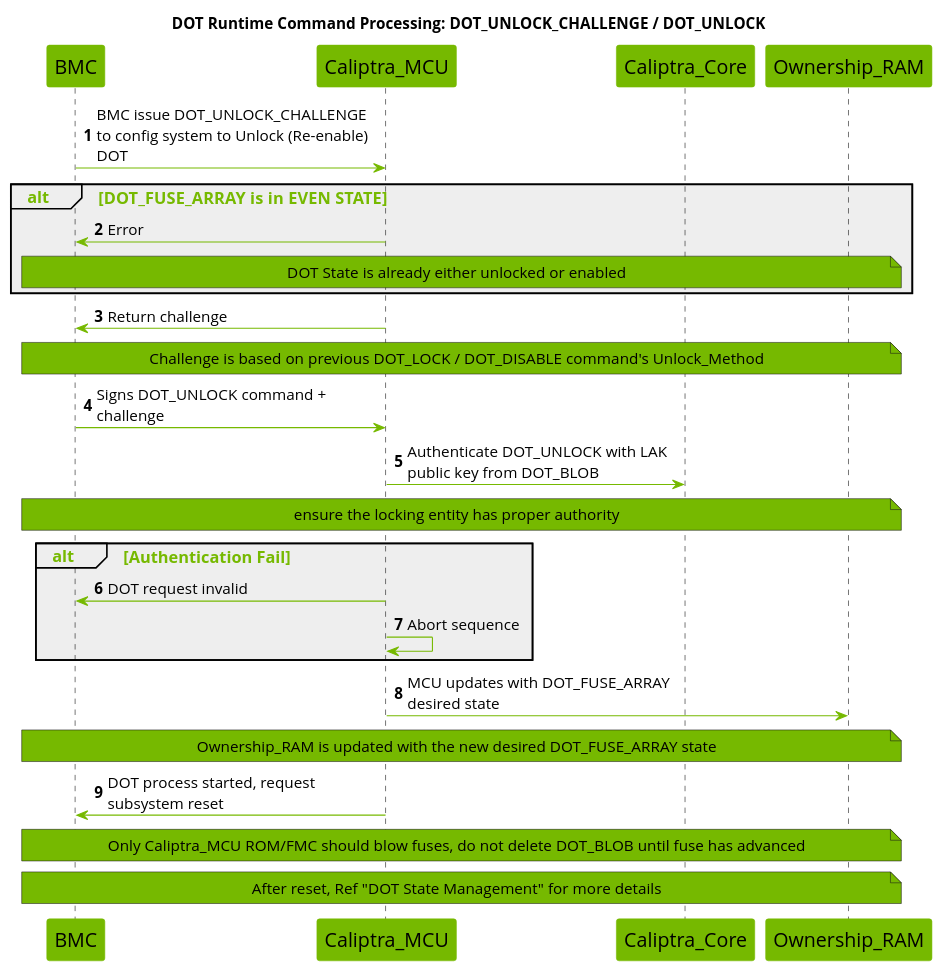
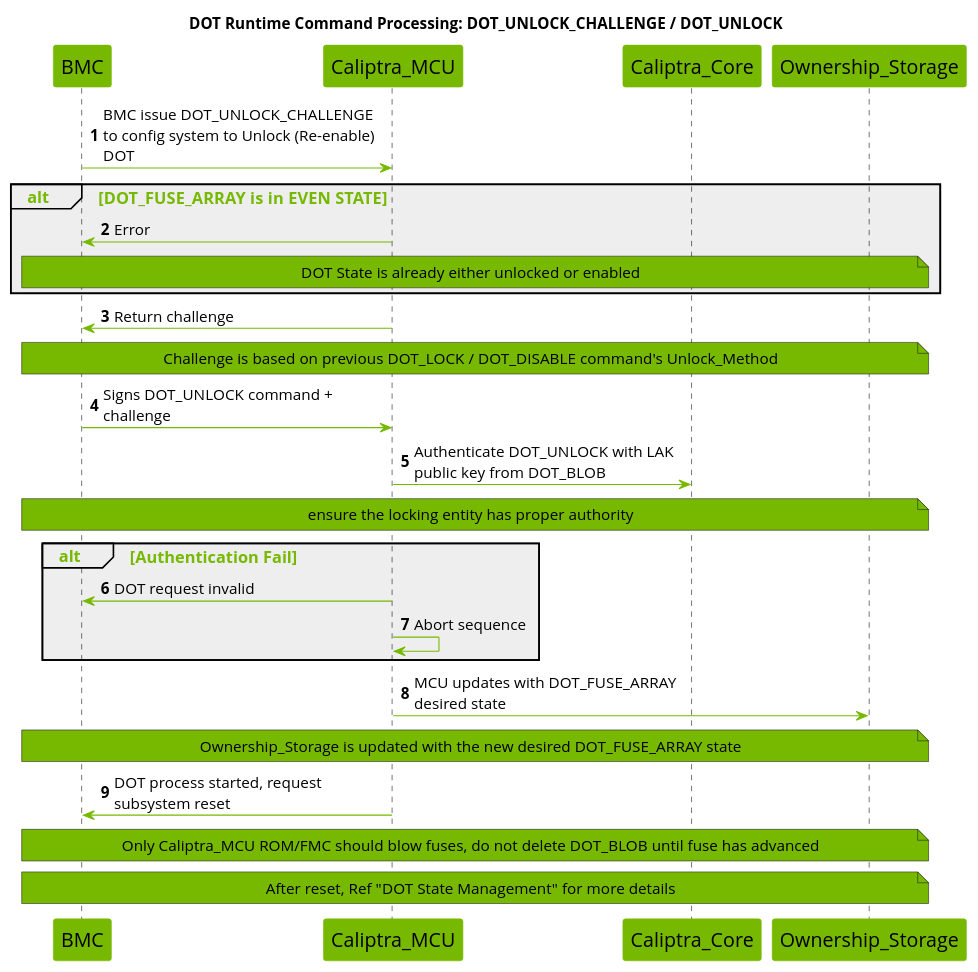
The fourth of 9 diagrams in docs/src/dot.md (zhalvorsen/caliptra-mcu-sw), drawn with PlantUML before and after one commit. The commit also changed other lines of this file, not shown here.

Commit message:
Modify dot.md to rephrase Ownership_RAM as Ownership_Storage (#611)

````diff
--- a/docs/src/dot.md
+++ b/docs/src/dot.md
@@ -635,60 +636,60 @@
 ```plantuml
 @startuml
 
 title DOT Runtime Command Processing: DOT_UNLOCK_CHALLENGE / DOT_UNLOCK
 
 skinparam maxMessageSize 250
 skinparam wrapWidth 700
 skinparam backgroundColor white
 skinparam NoteBackgroundColor #76b900
 skinparam NoteFontSize 14
 skinparam SequenceGroupBodyBackgroundColor #EEEEEE
 skinparam defaultFontName Open Sans
 
 skinparam sequence {
     ArrowColor #76b900
     ActorBorderColor #76b900
     LifeLineBorderColor #000000
     LifeLineBackgroundColor #76b900
     GroupHeaderFontsize 15
     GroupHeaderFontColor #76b900
     GroupFontSize 15
     GroupFontColor #76b900
     ArrowFontSize 15
     ParticipantBorderColor #76b900
     ParticipantBackgroundColor #76b900
     ParticipantFontSize 18
     ParticipantFontColor black
     ArrowFontSize 14
 }
 
 participant BMC
 participant Caliptra_MCU
 participant Caliptra_Core
-participant Ownership_RAM
+participant Ownership_Storage
 
 autonumber
 
 BMC -> Caliptra_MCU : BMC issue DOT_UNLOCK_CHALLENGE to config system to Unlock (Re-enable) DOT
 alt DOT_FUSE_ARRAY is in EVEN STATE
     Caliptra_MCU -> BMC : Error
     note across : DOT State is already either unlocked or enabled
 end
 
 Caliptra_MCU -> BMC : Return challenge
 note across : Challenge is based on previous DOT_LOCK / DOT_DISABLE command's Unlock_Method
 BMC -> Caliptra_MCU : Signs DOT_UNLOCK command + challenge
 Caliptra_MCU -> Caliptra_Core : Authenticate DOT_UNLOCK with LAK public key from DOT_BLOB
 note across : ensure the locking entity has proper authority
 alt Authentication Fail
     Caliptra_MCU -> BMC : DOT request invalid
     Caliptra_MCU -> Caliptra_MCU : Abort sequence
 end
-Caliptra_MCU -> Ownership_RAM : MCU updates with DOT_FUSE_ARRAY desired state
-note across : Ownership_RAM is updated with the new desired DOT_FUSE_ARRAY state
+Caliptra_MCU -> Ownership_Storage : MCU updates with DOT_FUSE_ARRAY desired state
+note across : Ownership_Storage is updated with the new desired DOT_FUSE_ARRAY state
 Caliptra_MCU -> BMC : DOT process started, request subsystem reset
 note across : Only Caliptra_MCU ROM/FMC should blow fuses, do not delete DOT_BLOB until fuse has advanced
 note across : After reset, Ref "DOT State Management" for more details
 
 @enduml
 ```
````
